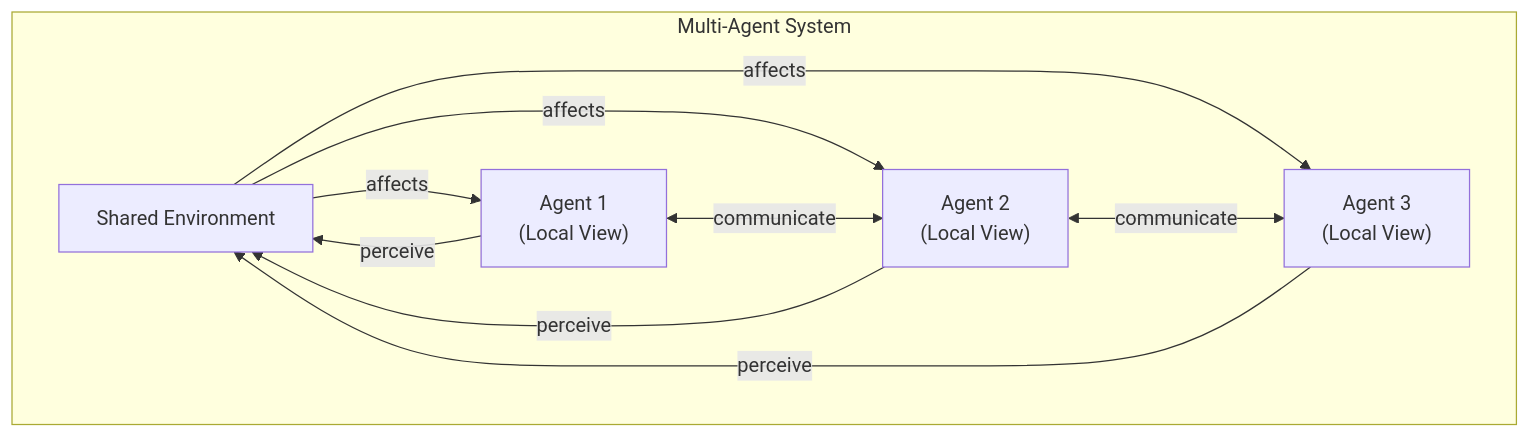
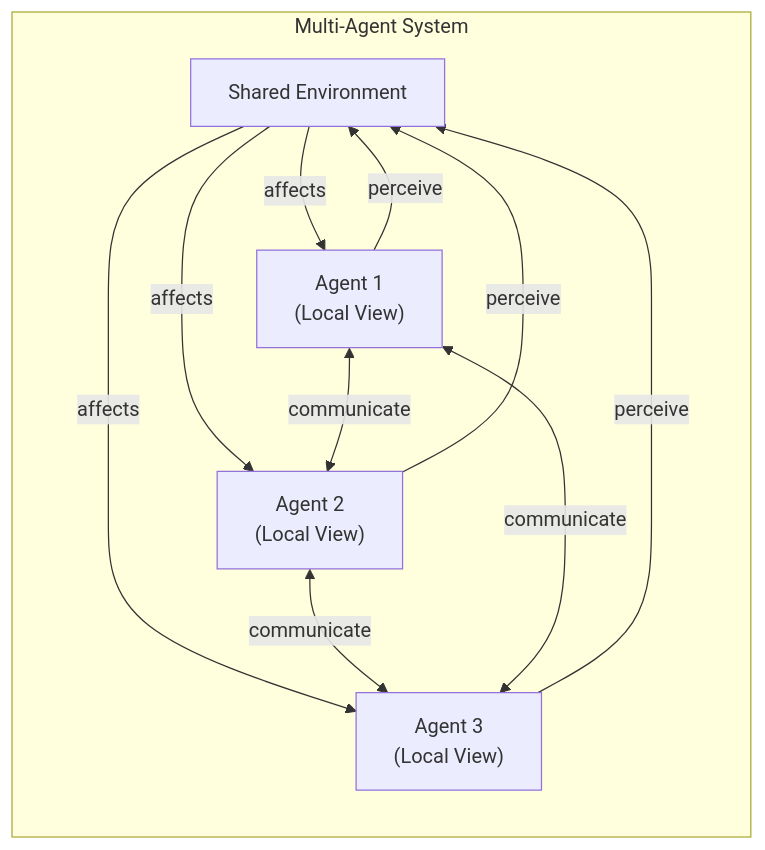
One commit to gameguild-gg/gameguild changed the fourth of 13 diagrams in apps/web/src/data/courses/ai4games2/12-multiagent/01-lecture.md. Above: the diagram before and after it, drawn with Mermaid. The commit also changed other lines of this file and 7 other files, not shown here.

````diff
--- a/apps/web/src/data/courses/ai4games2/12-multiagent/01-lecture.md
+++ b/apps/web/src/data/courses/ai4games2/12-multiagent/01-lecture.md
@@ -107,12 +107,13 @@
 ```mermaid
-flowchart TD
+flowchart LR
     subgraph "Multi-Agent System"
         E["Shared Environment"]
         A1["Agent 1\n(Local View)"] -->|"perceive"| E
         A2["Agent 2\n(Local View)"] -->|"perceive"| E
         A3["Agent 3\n(Local View)"] -->|"perceive"| E
         E -->|"affects"| A1 & A2 & A3
         A1 <-->|"communicate"| A2
         A2 <-->|"communicate"| A3
+        A1 <-->|"communicate"| A3
     end
 ```
````
